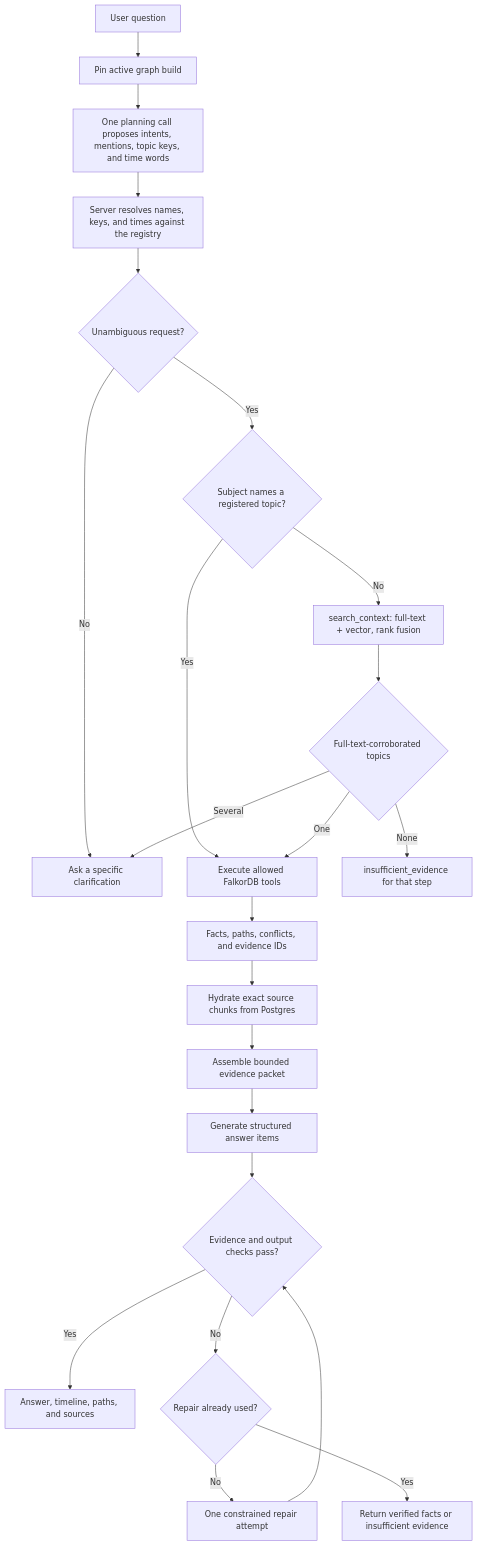
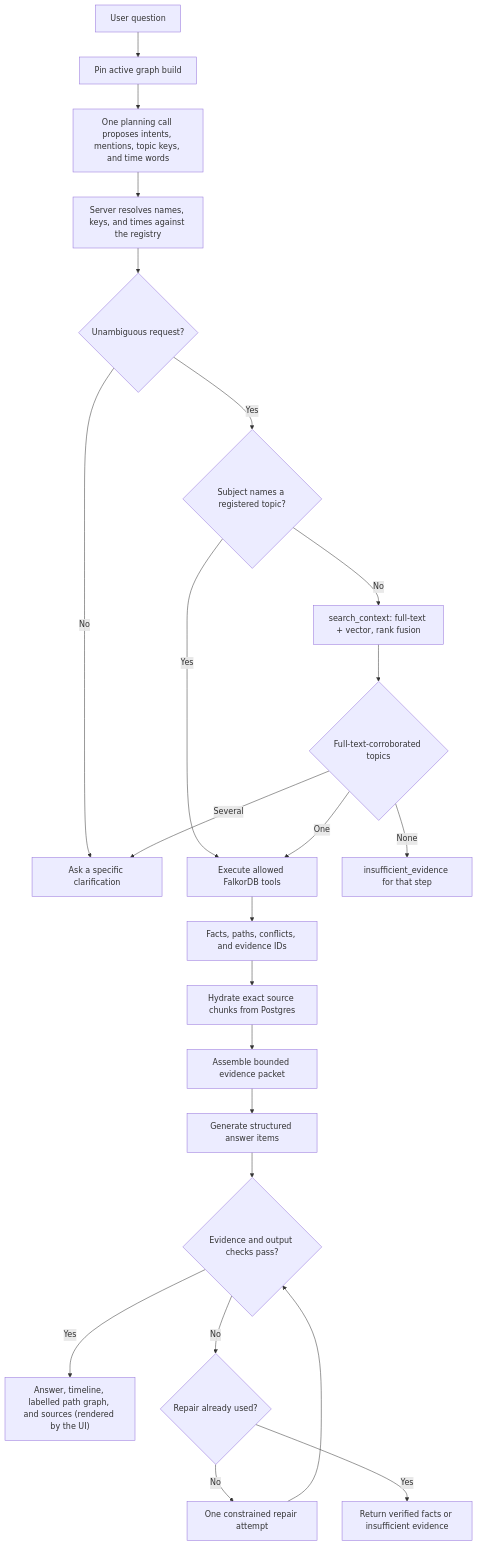
Before and after one commit to ameghcoder/company-brain: the diagram in docs/design-flow/query.md, drawn with Mermaid. The commit also changed other lines of this file and 34 other files, not shown here.

First line of the commit message:
#16 feat: one-screen UI with answer, timeline, evidence, and paths

````diff
--- a/docs/design-flow/query.md
+++ b/docs/design-flow/query.md
@@ -14,25 +15,25 @@
 ```mermaid
 flowchart TD
     A["User question"] --> B["Pin active graph build"]
     B --> C["One planning call proposes intents, mentions, topic keys, and time words"]
     C --> RS["Server resolves names, keys, and times against the registry"]
     RS --> D{"Unambiguous request?"}
     D -->|No| E["Ask a specific clarification"]
     D -->|Yes| S{"Subject names a registered topic?"}
     S -->|Yes| F["Execute allowed FalkorDB tools"]
     S -->|No| SC["search_context: full-text + vector, rank fusion"]
     SC --> ST{"Full-text-corroborated topics"}
     ST -->|One| F
     ST -->|Several| E
     ST -->|None| IE["insufficient_evidence for that step"]
     F --> G["Facts, paths, conflicts, and evidence IDs"]
     G --> H["Hydrate exact source chunks from Postgres"]
     H --> I["Assemble bounded evidence packet"]
     I --> J["Generate structured answer items"]
     J --> K{"Evidence and output checks pass?"}
-    K -->|Yes| L["Answer, timeline, paths, and sources"]
+    K -->|Yes| L["Answer, timeline, labelled path graph, and sources (rendered by the UI)"]
     K -->|No| M{"Repair already used?"}
     M -->|No| R["One constrained repair attempt"]
     R --> K
     M -->|Yes| N["Return verified facts or insufficient evidence"]
 ```
````
